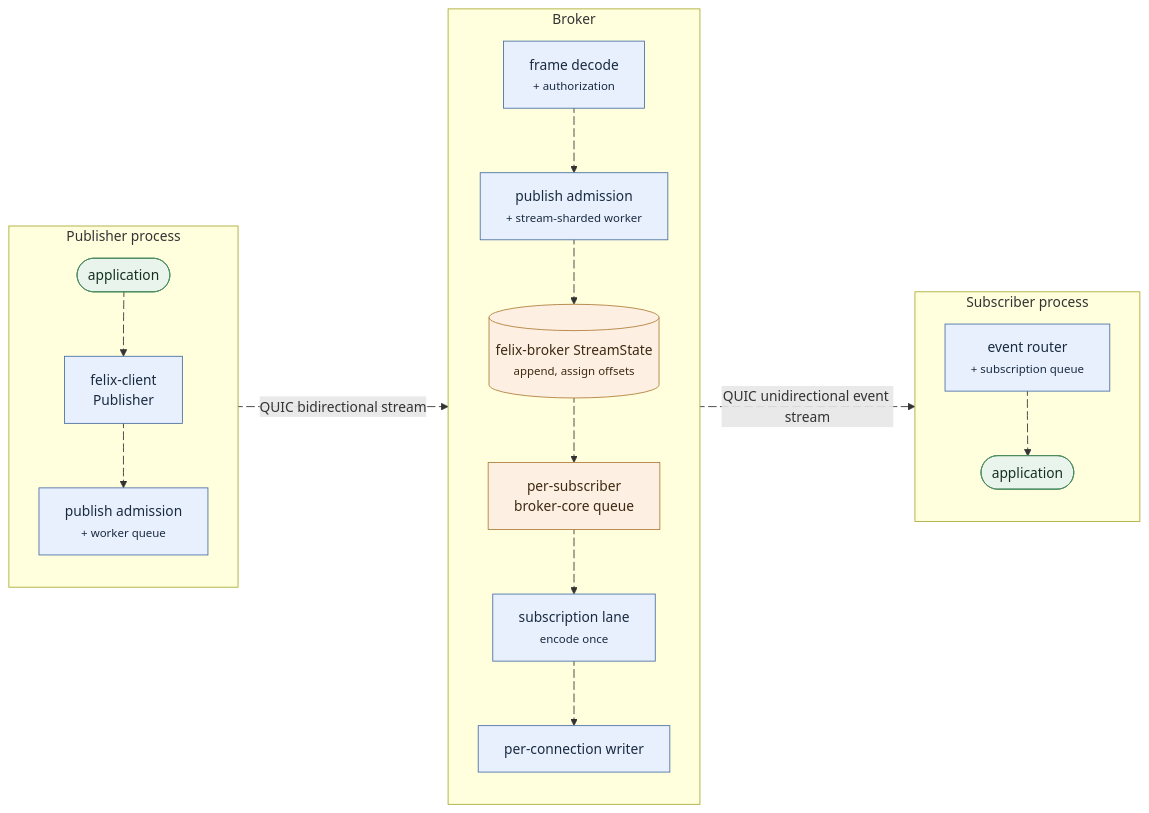
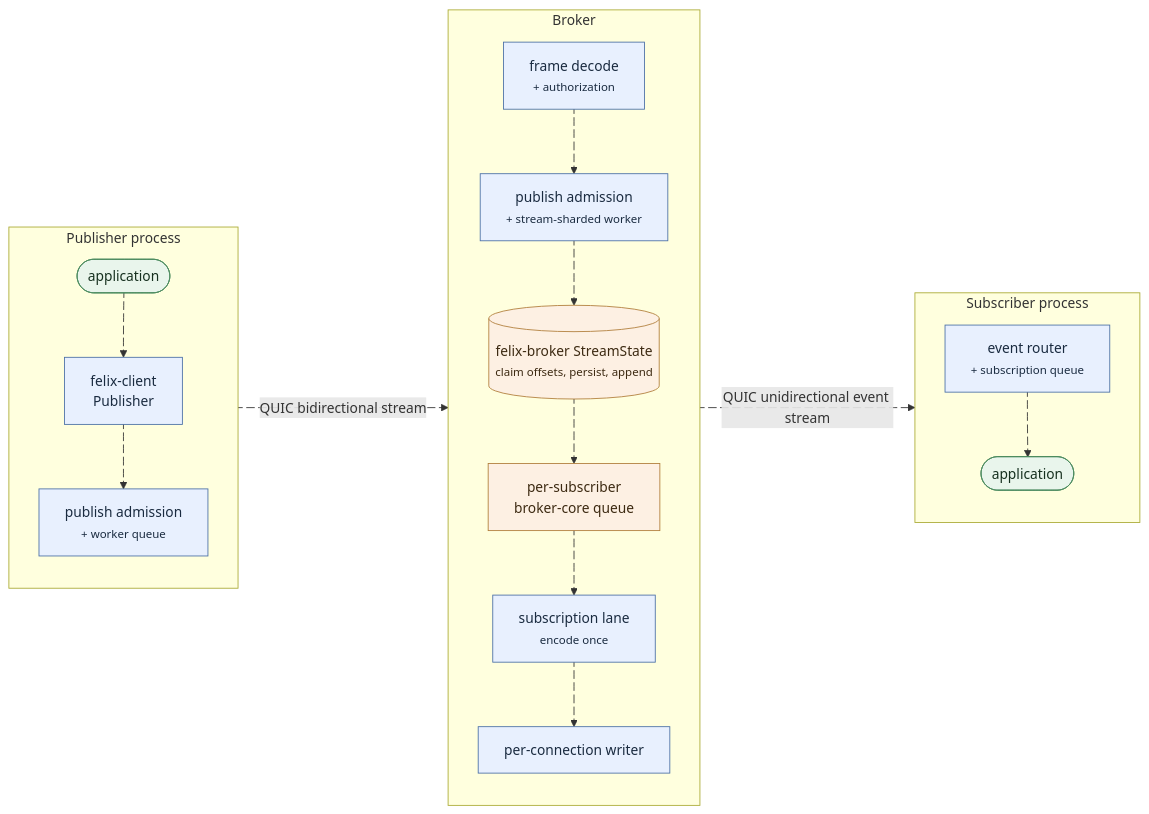
Before and after one commit to GetFelix/felix: the diagram in docs-site/src/content/docs/development/how-felix-works.md, drawn with Mermaid. The commit also changed other lines of this file and 9 other files, not shown here.

````diff
--- a/docs-site/src/content/docs/development/how-felix-works.md
+++ b/docs-site/src/content/docs/development/how-felix-works.md
@@ -40,43 +36,43 @@
 ```mermaid
 flowchart LR
     subgraph pubproc["Publisher process"]
         direction TB
         APP1(["application"]) e1@--> PUB["felix-client<br/>Publisher"]
         PUB e2@--> CADM["publish admission<br/><small>+ worker queue</small>"]
     end
 
     subgraph broker["Broker"]
         direction TB
         DEC["frame decode<br/><small>+ authorization</small>"] e4@--> BADM["publish admission<br/><small>+ stream-sharded worker</small>"]
-        BADM e5@--> ST[("felix-broker StreamState<br/><small>append, assign offsets</small>")]
+        BADM e5@--> ST[("felix-broker StreamState<br/><small>claim offsets, persist, append</small>")]
         ST e6@--> SQ["per-subscriber<br/>broker-core queue"]
         SQ e7@--> LANE["subscription lane<br/><small>encode once</small>"]
         LANE e8@--> CW["per-connection writer"]
     end
 
     subgraph subproc["Subscriber process"]
         direction TB
         ROUTER["event router<br/><small>+ subscription queue</small>"] e10@--> APP2(["application"])
     end
 
     CADM e3@-->|"QUIC bidirectional stream"| DEC
     CW e9@-->|"QUIC unidirectional event stream"| ROUTER
 
     e1@{ animate: true }
     e2@{ animate: true }
     e3@{ animate: true }
     e4@{ animate: true }
     e5@{ animate: true }
     e6@{ animate: true }
     e7@{ animate: true }
     e8@{ animate: true }
     e9@{ animate: true }
     e10@{ animate: true }
 
     classDef step fill:#e8f0fe,stroke:#4a6fa5,color:#1a2b40
     classDef store fill:#fdf0e3,stroke:#b07d3a,color:#3d2a12
     classDef endpoint fill:#e9f5ec,stroke:#4a8a5e,color:#16301f
     class PUB,CADM,DEC,BADM,LANE,CW,ROUTER step
     class ST,SQ store
     class APP1,APP2 endpoint
 ```
````
